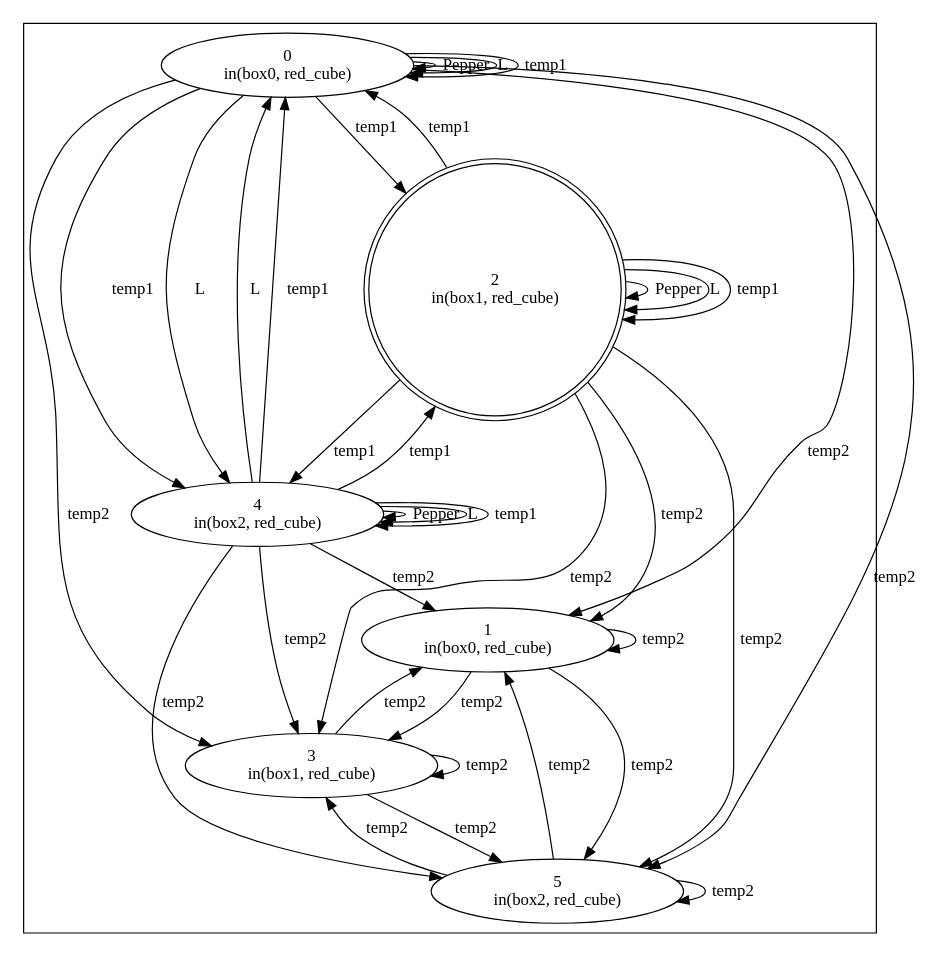
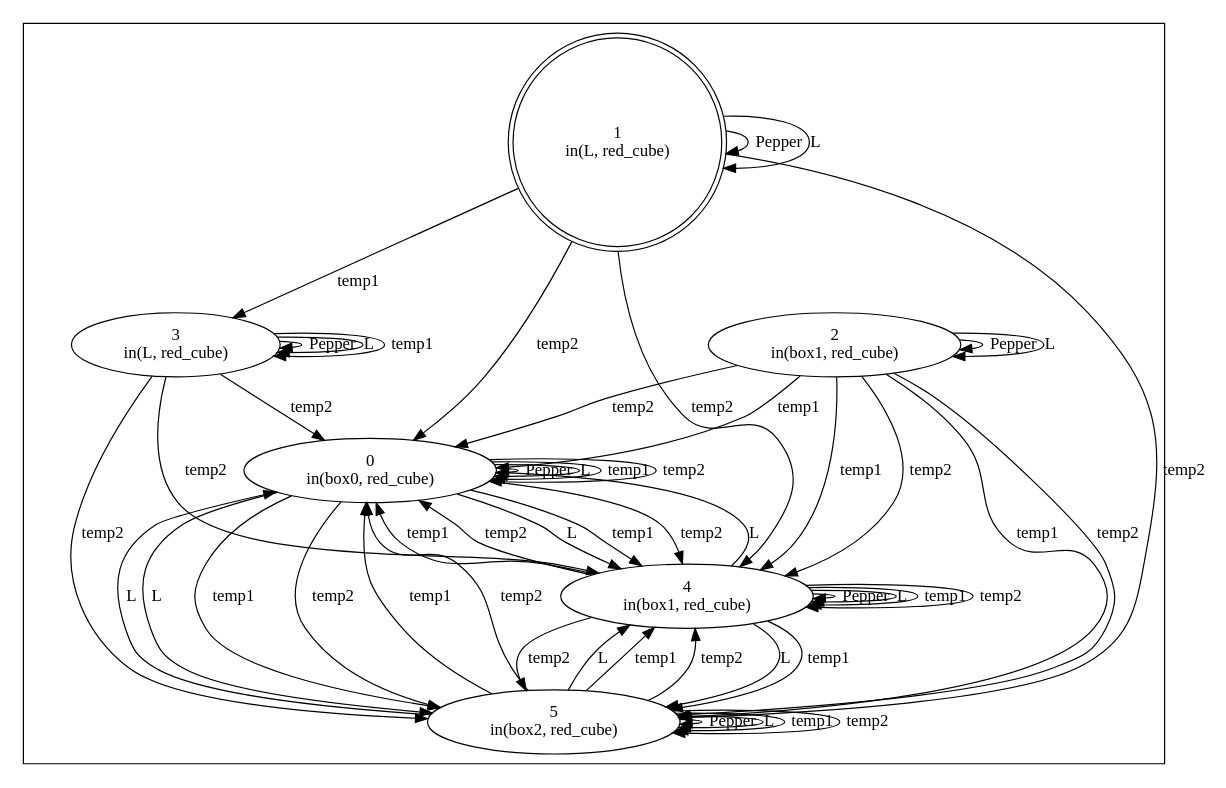
The diagram in State_After.dot (Zeltex/Implicit_Coordination), drawn with Graphviz before and after one commit. The commit also changed 49 other files, not shown here.

```diff
--- a/State_After.dot
+++ b/State_After.dot
@@ -1,48 +1,63 @@
 digraph {subgraph cluster_0 {s00 [label="0
 in(box0, red_cube)"];
 s01 [label="1
-in(box0, red_cube)"];
+in(L, red_cube)", shape=doublecircle];
 s02 [label="2
-in(box1, red_cube)", shape=doublecircle];
+in(box1, red_cube)"];
 s03 [label="3
+in(L, red_cube)"];
+s04 [label="4
 in(box1, red_cube)"];
-s04 [label="4
-in(box2, red_cube)"];
 s05 [label="5
 in(box2, red_cube)"];
 s00 -> s00[label="Pepper"];
+s01 -> s01[label="Pepper"];
 s02 -> s02[label="Pepper"];
+s03 -> s03[label="Pepper"];
 s04 -> s04[label="Pepper"];
+s05 -> s05[label="Pepper"];
 s00 -> s00[label="L"];
 s00 -> s04[label="L"];
+s00 -> s05[label="L"];
+s01 -> s01[label="L"];
 s02 -> s02[label="L"];
+s03 -> s03[label="L"];
 s04 -> s00[label="L"];
 s04 -> s04[label="L"];
+s04 -> s05[label="L"];
+s05 -> s00[label="L"];
+s05 -> s04[label="L"];
+s05 -> s05[label="L"];
 s00 -> s00[label="temp1"];
-s00 -> s02[label="temp1"];
 s00 -> s04[label="temp1"];
+s00 -> s05[label="temp1"];
+s01 -> s03[label="temp1"];
 s02 -> s00[label="temp1"];
-s02 -> s02[label="temp1"];
 s02 -> s04[label="temp1"];
+s02 -> s05[label="temp1"];
+s03 -> s03[label="temp1"];
 s04 -> s00[label="temp1"];
-s04 -> s02[label="temp1"];
 s04 -> s04[label="temp1"];
-s00 -> s01[label="temp2"];
-s00 -> s03[label="temp2"];
+s04 -> s05[label="temp1"];
+s05 -> s00[label="temp1"];
+s05 -> s04[label="temp1"];
+s05 -> s05[label="temp1"];
+s00 -> s00[label="temp2"];
+s00 -> s04[label="temp2"];
 s00 -> s05[label="temp2"];
-s01 -> s01[label="temp2"];
-s01 -> s03[label="temp2"];
+s01 -> s00[label="temp2"];
+s01 -> s04[label="temp2"];
 s01 -> s05[label="temp2"];
-s02 -> s01[label="temp2"];
-s02 -> s03[label="temp2"];
+s02 -> s00[label="temp2"];
+s02 -> s04[label="temp2"];
 s02 -> s05[label="temp2"];
-s03 -> s01[label="temp2"];
-s03 -> s03[label="temp2"];
+s03 -> s00[label="temp2"];
+s03 -> s04[label="temp2"];
 s03 -> s05[label="temp2"];
-s04 -> s01[label="temp2"];
-s04 -> s03[label="temp2"];
+s04 -> s00[label="temp2"];
+s04 -> s04[label="temp2"];
 s04 -> s05[label="temp2"];
-s05 -> s01[label="temp2"];
-s05 -> s03[label="temp2"];
+s05 -> s00[label="temp2"];
+s05 -> s04[label="temp2"];
 s05 -> s05[label="temp2"];
 }}
```
